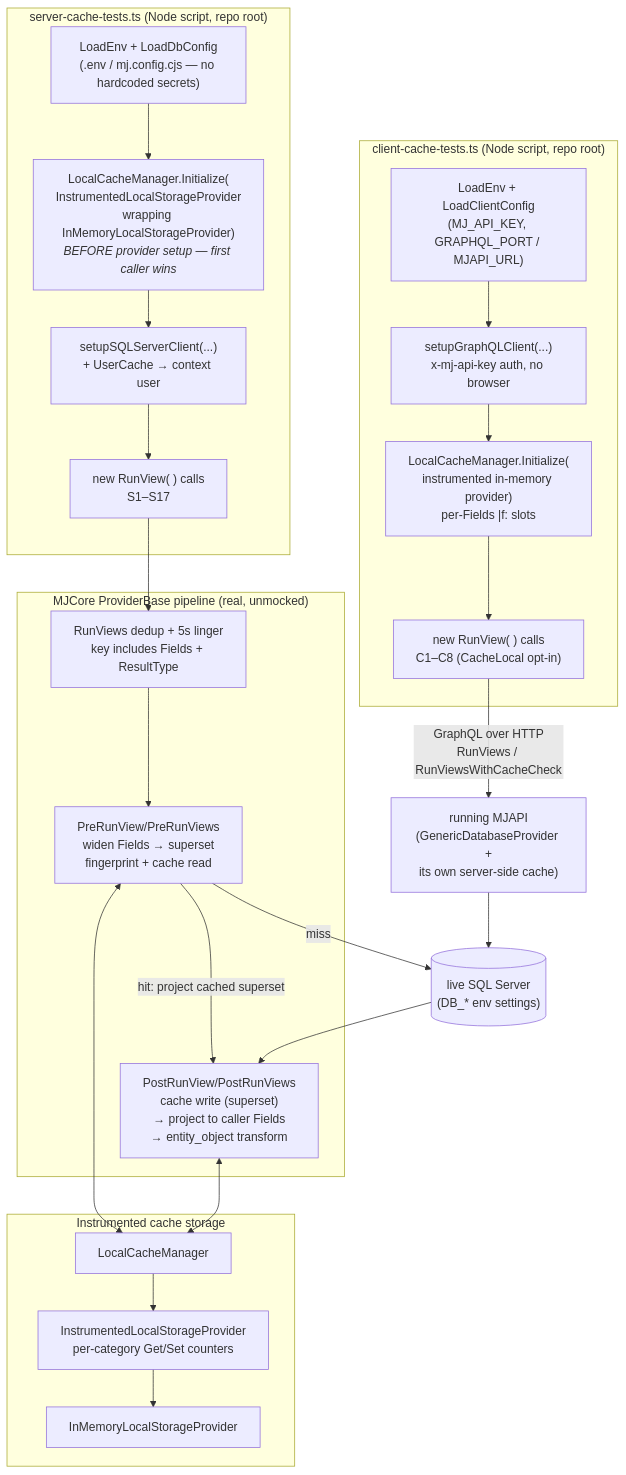
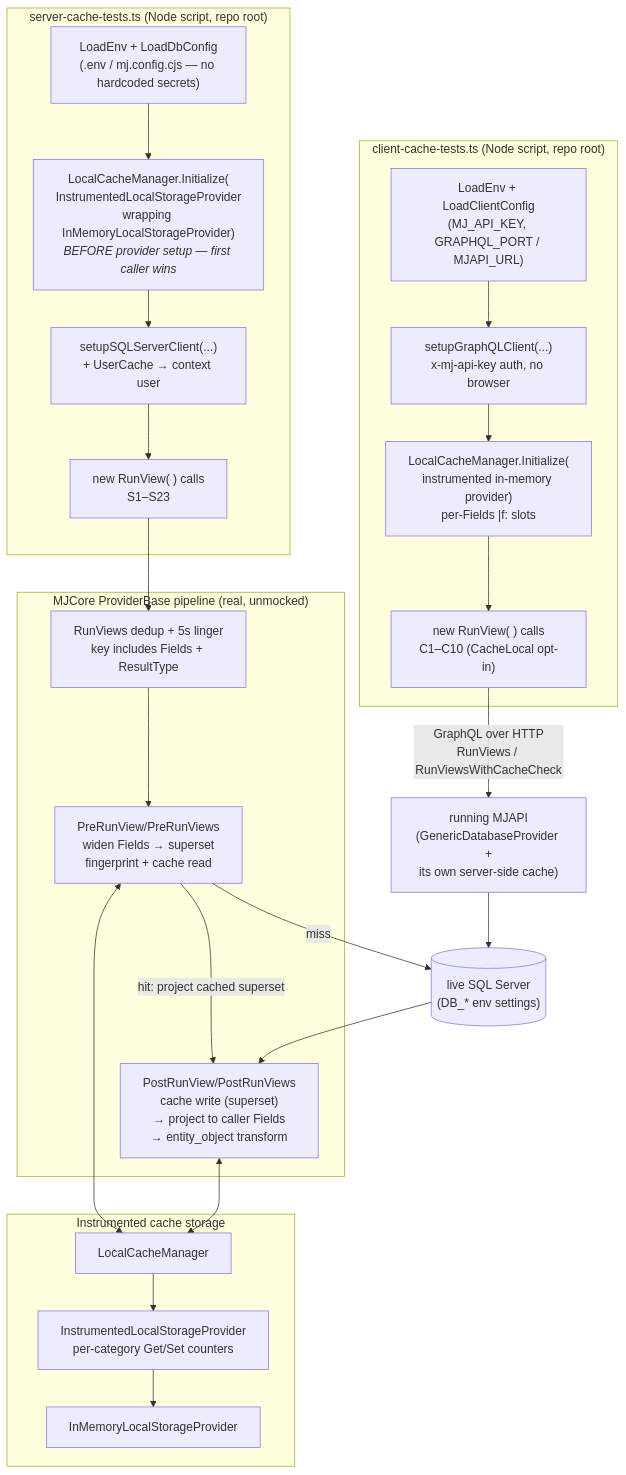
The first of 2 diagrams in packages/MJServer/integration-test-scripts/README.md (MemberJunction/MJ), drawn with Mermaid before and after one commit. The commit also changed other lines of this file and 5 other files, not shown here.

````diff
--- a/packages/MJServer/integration-test-scripts/README.md
+++ b/packages/MJServer/integration-test-scripts/README.md
@@ -57,41 +60,41 @@
 ```mermaid
 flowchart TD
     subgraph ServerSuite["server-cache-tests.ts  (Node script, repo root)"]
         SBOOT["LoadEnv + LoadDbConfig<br/>(.env / mj.config.cjs — no hardcoded secrets)"]
         SCACHE["LocalCacheManager.Initialize(<br/>InstrumentedLocalStorageProvider<br/>wrapping InMemoryLocalStorageProvider)<br/><i>BEFORE provider setup — first caller wins</i>"]
         SSETUP["setupSQLServerClient(...)<br/>+ UserCache → context user"]
-        SRV["new RunView( ) calls<br/>S1–S17"]
+        SRV["new RunView( ) calls<br/>S1–S23"]
         SBOOT --> SCACHE --> SSETUP --> SRV
     end
 
     subgraph Pipeline["MJCore ProviderBase pipeline (real, unmocked)"]
         PRE["PreRunView/PreRunViews<br/>widen Fields → superset<br/>fingerprint + cache read"]
         DEDUP["RunViews dedup + 5s linger<br/>key includes Fields + ResultType"]
         POST["PostRunView/PostRunViews<br/>cache write (superset)<br/>→ project to caller Fields<br/>→ entity_object transform"]
     end
 
     subgraph Storage["Instrumented cache storage"]
         LCM["LocalCacheManager"]
         WRAP["InstrumentedLocalStorageProvider<br/>per-category Get/Set counters"]
         MEM["InMemoryLocalStorageProvider"]
         LCM --> WRAP --> MEM
     end
 
     SRV --> DEDUP --> PRE
     PRE -- "hit: project cached superset" --> POST
     PRE -- "miss" --> SQL[("live SQL Server<br/>(DB_* env settings)")]
     SQL --> POST
     PRE <--> LCM
     POST <--> LCM
 
     subgraph ClientSuite["client-cache-tests.ts  (Node script, repo root)"]
         CBOOT["LoadEnv + LoadClientConfig<br/>(MJ_API_KEY, GRAPHQL_PORT / MJAPI_URL)"]
         CSETUP["setupGraphQLClient(...)<br/>x-mj-api-key auth, no browser"]
         CCACHE["LocalCacheManager.Initialize(<br/>instrumented in-memory provider)<br/>per-Fields |f: slots"]
-        CRV["new RunView( ) calls<br/>C1–C8 (CacheLocal opt-in)"]
+        CRV["new RunView( ) calls<br/>C1–C10 (CacheLocal opt-in)"]
         CBOOT --> CSETUP --> CCACHE --> CRV
     end
 
     CRV -- "GraphQL over HTTP<br/>RunViews / RunViewsWithCacheCheck" --> MJAPI["running MJAPI<br/>(GenericDatabaseProvider +<br/>its own server-side cache)"]
     MJAPI --> SQL
 ```
````
